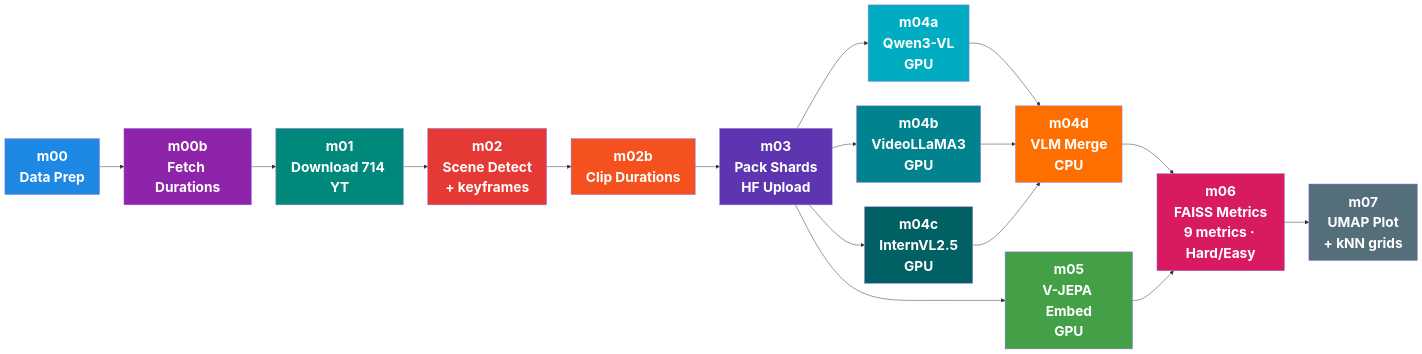
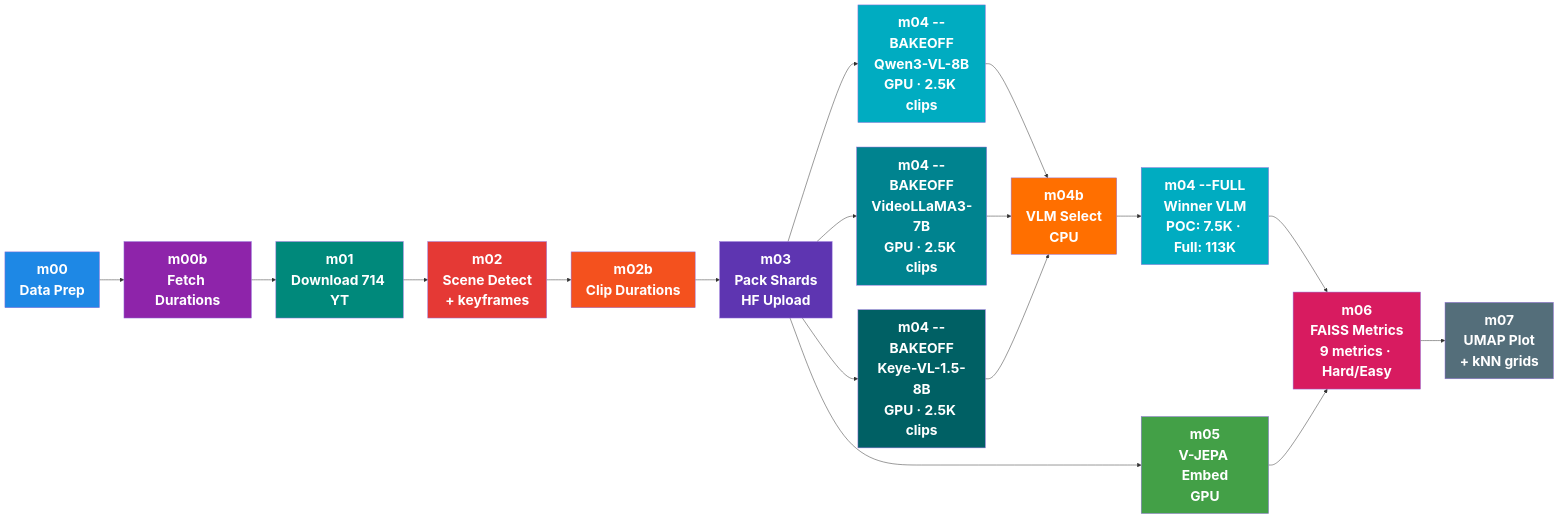
The diagram in iter/iter6/plan.md (kapilw25/factorjepa), drawn with Mermaid before and after one commit. The commit also changed other lines of this file and 12 other files, not shown here.

First line of the commit message:
Ch 9-10 pipeline: VLM bake-off + 9-metric evaluation + POC-first strategy

````diff
--- a/iter/iter6/plan.md
+++ b/iter/iter6/plan.md
@@ -30,32 +29,34 @@
 ```mermaid
 flowchart LR
     A["m00<br>Data Prep"] --> B["m00b<br>Fetch Durations"]
     B --> C["m01<br>Download 714 YT"]
     C --> D["m02<br>Scene Detect<br>+ keyframes"]
     D --> E["m02b<br>Clip Durations"]
     E --> F["m03<br>Pack Shards<br>HF Upload"]
-    F --> G1["m04a<br>Qwen3-VL<br>GPU"]
-    F --> G2["m04b<br>VideoLLaMA3<br>GPU"]
-    F --> G3["m04c<br>InternVL2.5<br>GPU"]
+    F --> G1["m04 --BAKEOFF<br>Qwen3-VL-8B<br>GPU · 2.5K clips"]
+    F --> G2["m04 --BAKEOFF<br>VideoLLaMA3-7B<br>GPU · 2.5K clips"]
+    F --> G3["m04 --BAKEOFF<br>Keye-VL-1.5-8B<br>GPU · 2.5K clips"]
+    G1 --> S["m04b<br>VLM Select<br>CPU"]
+    G2 --> S
+    G3 --> S
+    S --> W["m04 --FULL<br>Winner VLM<br>POC: 7.5K · Full: 113K"]
     F --> H["m05<br>V-JEPA Embed<br>GPU"]
-    G1 --> M["m04d<br>VLM Merge<br>CPU"]
-    G2 --> M
-    G3 --> M
-    M --> I["m06<br>FAISS Metrics<br>9 metrics · Hard/Easy"]
+    W --> I["m06<br>FAISS Metrics<br>9 metrics · Hard/Easy"]
     H --> I
     I --> J["m07<br>UMAP Plot<br>+ kNN grids"]
 
     style A fill:#1e88e5,color:#fff,font-weight:bold,font-size:28px
     style B fill:#8e24aa,color:#fff,font-weight:bold,font-size:28px
     style C fill:#00897b,color:#fff,font-weight:bold,font-size:28px
     style D fill:#e53935,color:#fff,font-weight:bold,font-size:28px
     style E fill:#f4511e,color:#fff,font-weight:bold,font-size:28px
     style F fill:#5e35b1,color:#fff,font-weight:bold,font-size:28px
     style G1 fill:#00acc1,color:#fff,font-weight:bold,font-size:28px
     style G2 fill:#00838f,color:#fff,font-weight:bold,font-size:28px
     style G3 fill:#006064,color:#fff,font-weight:bold,font-size:28px
-    style M fill:#ff6f00,color:#fff,font-weight:bold,font-size:28px
+    style S fill:#ff6f00,color:#fff,font-weight:bold,font-size:28px
+    style W fill:#00acc1,color:#fff,font-weight:bold,font-size:28px
     style H fill:#43a047,color:#fff,font-weight:bold,font-size:28px
     style I fill:#d81b60,color:#fff,font-weight:bold,font-size:28px
     style J fill:#546e7a,color:#fff,font-weight:bold,font-size:28px
 ```
````
